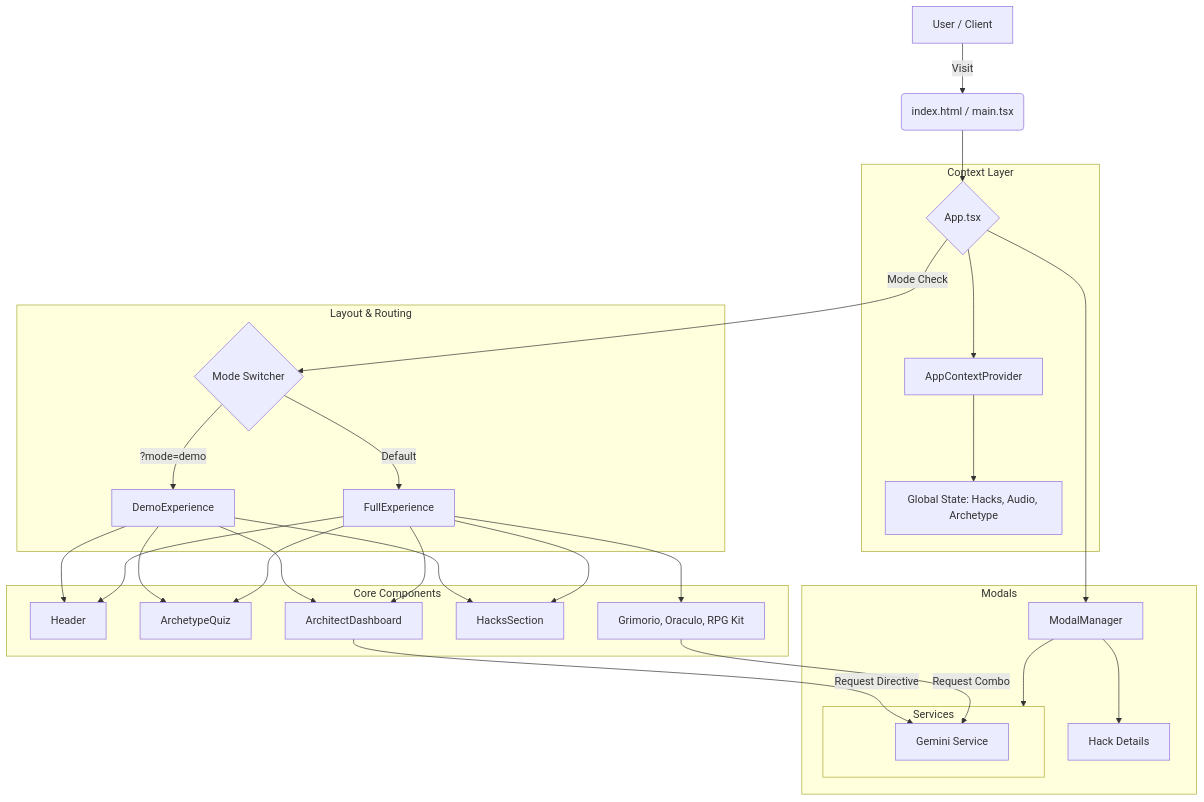
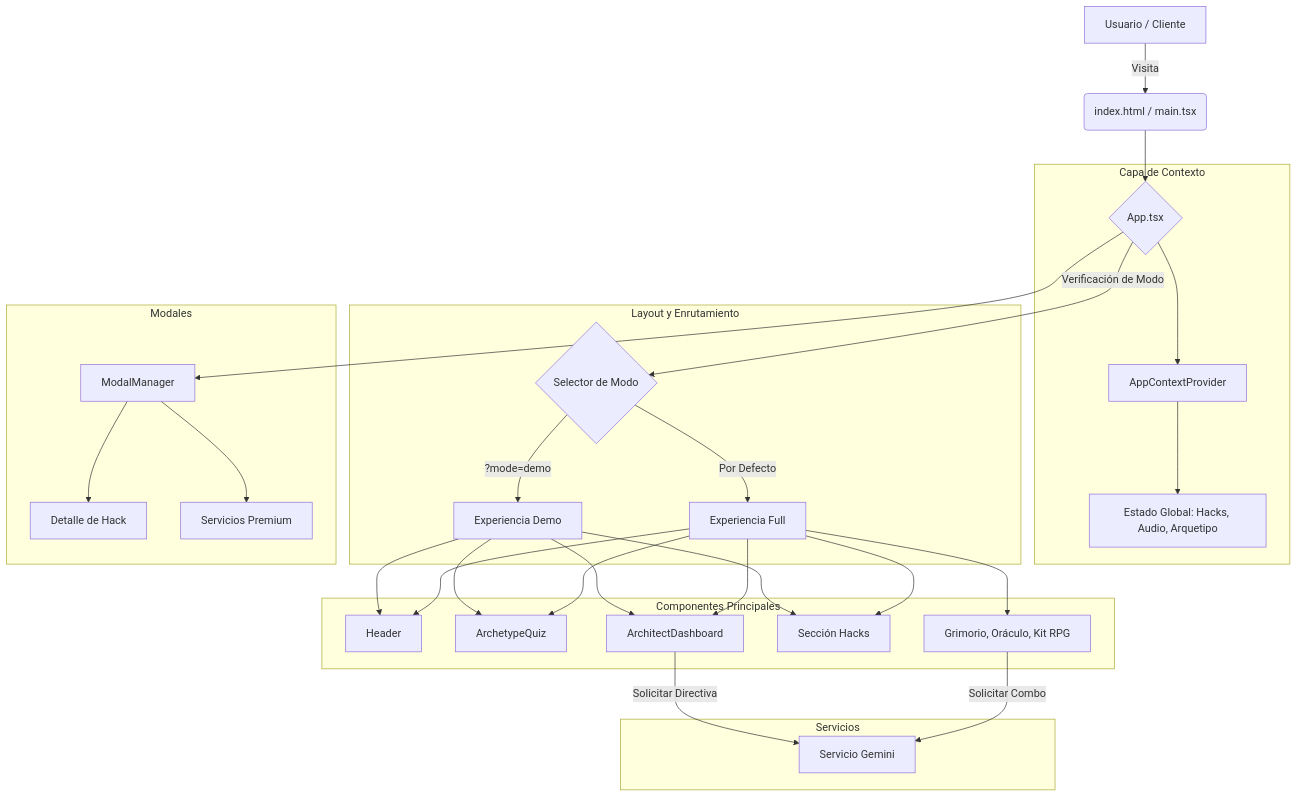
The diagram in README.md (brasdefer1597-cloud/INTERACTIVE-DECOX), drawn with Mermaid before and after one commit. The commit also changed other lines of this file, not shown here.

Commit message:
docs: update README.md to Spanish and include architecture diagram

````diff
--- a/README.md
+++ b/README.md
@@ -31,35 +31,35 @@
 ```mermaid
 graph TD
-    User[User / Client] -->|Visit| Entry(index.html / main.tsx)
+    User[Usuario / Cliente] -->|Visita| Entry(index.html / main.tsx)
     Entry --> App{App.tsx}
 
-    subgraph "Context Layer"
+    subgraph "Capa de Contexto"
         App --> Provider[AppContextProvider]
-        Provider --> State[Global State: Hacks, Audio, Archetype]
+        Provider --> State[Estado Global: Hacks, Audio, Arquetipo]
     end
 
-    subgraph "Layout & Routing"
-        App -->|Mode Check| Router{Mode Switcher}
-        Router -->|?mode=demo| Demo[DemoExperience]
-        Router -->|Default| Full[FullExperience]
+    subgraph "Layout y Enrutamiento"
+        App -->|Verificación de Modo| Router{Selector de Modo}
+        Router -->|?mode=demo| Demo[Experiencia Demo]
+        Router -->|Por Defecto| Full[Experiencia Full]
     end
 
-    subgraph "Core Components"
+    subgraph "Componentes Principales"
         Demo & Full --> Header
         Demo & Full --> Quiz[ArchetypeQuiz]
         Demo & Full --> Dashboard[ArchitectDashboard]
-        Demo & Full --> Hacks[HacksSection]
-        Full --> Advanced[Grimorio, Oraculo, RPG Kit]
+        Demo & Full --> Hacks[Sección Hacks]
+        Full --> Advanced[Grimorio, Oráculo, Kit RPG]
     end
 
-    subgraph "Services"
-        Dashboard -->|Request Directive| Gemini[Gemini Service]
-        Advanced -->|Request Combo| Gemini
+    subgraph "Servicios"
+        Dashboard -->|Solicitar Directiva| Gemini[Servicio Gemini]
+        Advanced -->|Solicitar Combo| Gemini
     end
 
-    subgraph "Modals"
+    subgraph "Modales"
         App --> Modal[ModalManager]
-        Modal --> Details[Hack Details]
-        Modal --> Services[Premium Services]
+        Modal --> Details[Detalle de Hack]
+        Modal --> Services[Servicios Premium]
     end
 ```
````
